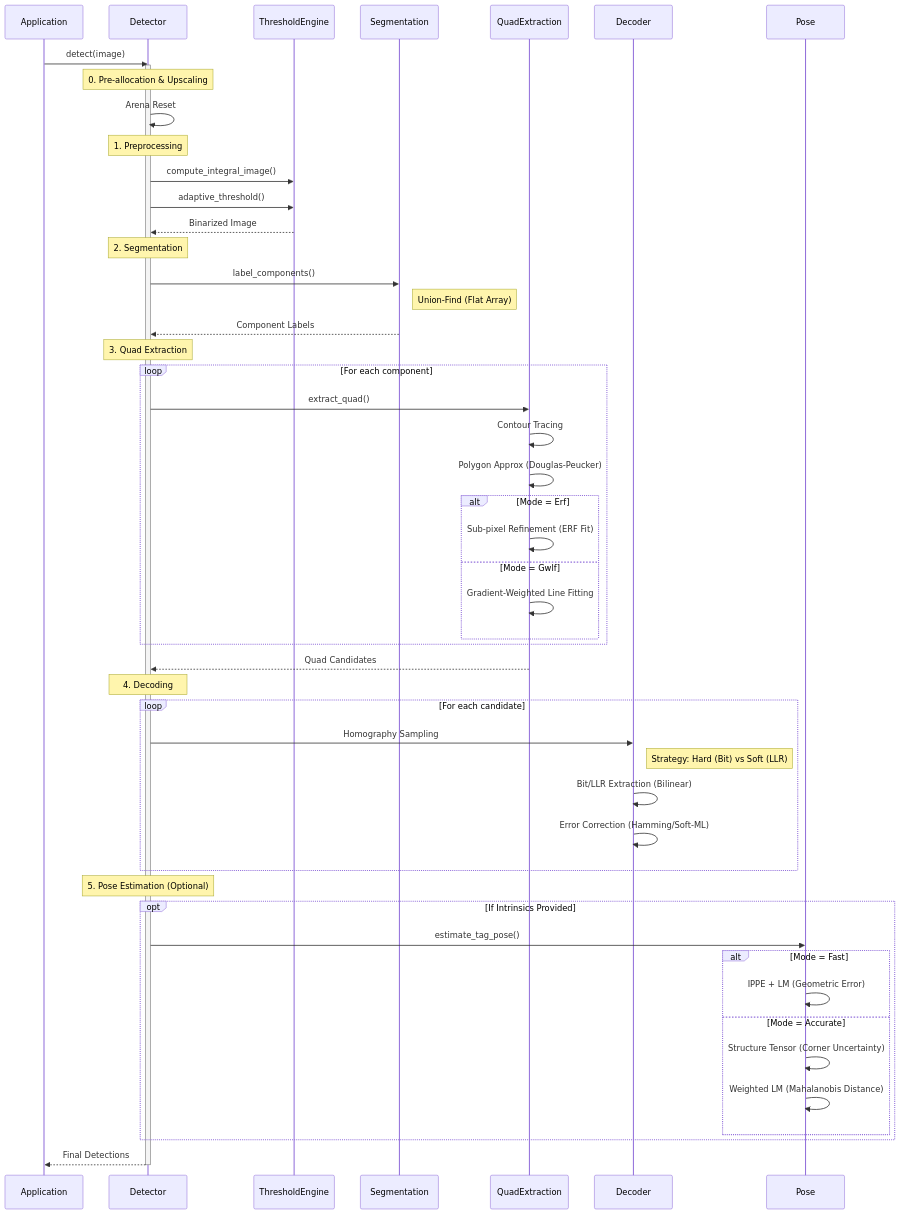
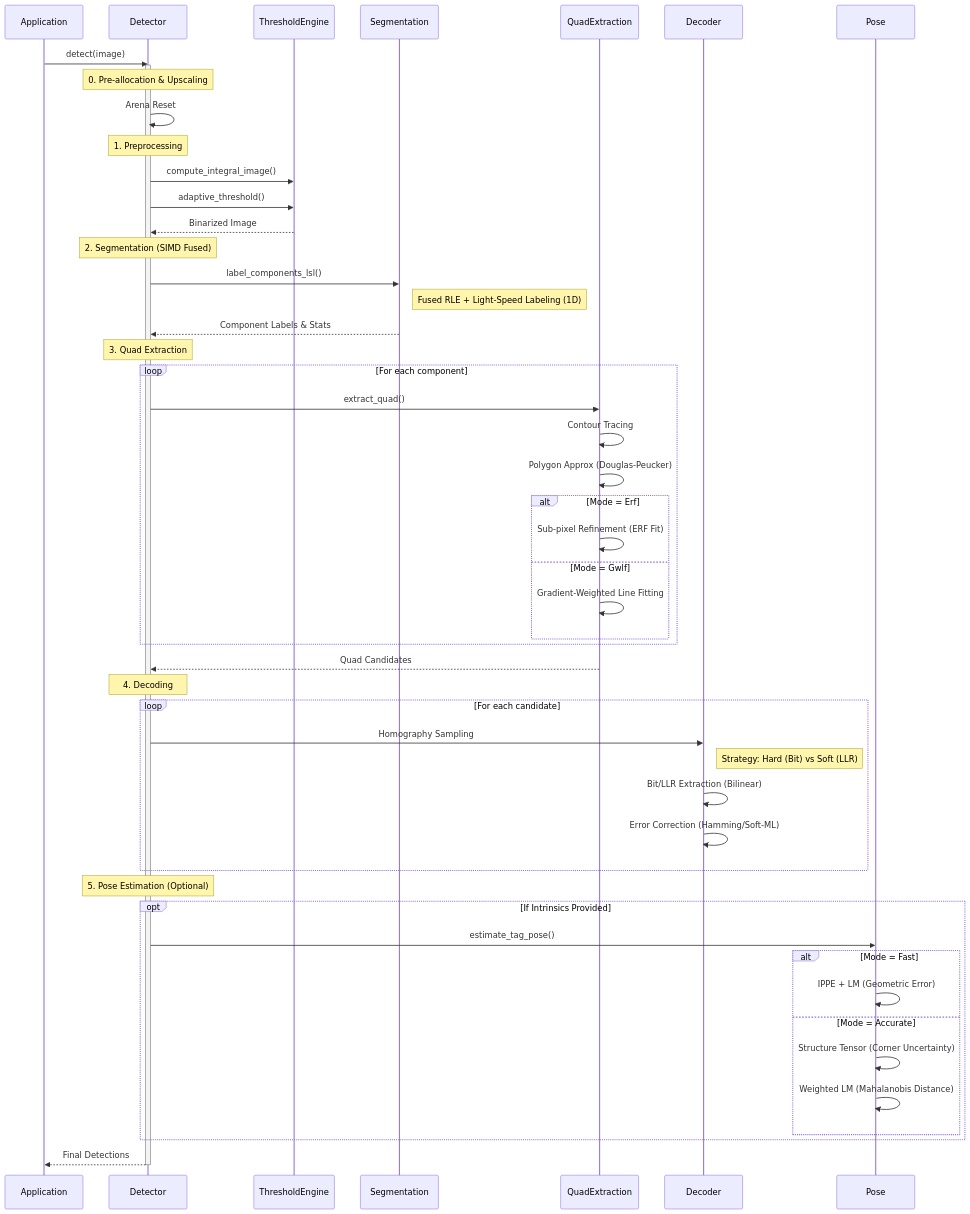
Before and after one commit to NoeFontana/locus-tag: the second of 6 diagrams in docs/explanation/architecture.md, drawn with Mermaid. The commit also changed other lines of this file and 6 other files, not shown here.

````diff
--- a/docs/explanation/architecture.md
+++ b/docs/explanation/architecture.md
@@ -28,60 +28,60 @@
 ```mermaid
 sequenceDiagram
     participant App as Application
     participant Det as Detector
     participant Thresh as ThresholdEngine
     participant Seg as Segmentation
     participant Quad as QuadExtraction
     participant Decode as Decoder
 
     App->>Det: detect(image)
     activate Det
 
     Note over Det: 0. Pre-allocation & Upscaling
     Det->>Det: Arena Reset
 
     Note over Det: 1. Preprocessing
     Det->>Thresh: compute_integral_image()
     Det->>Thresh: adaptive_threshold()
     Thresh-->>Det: Binarized Image
 
-    Note over Det: 2. Segmentation
-    Det->>Seg: label_components()
-    Note right of Seg: Union-Find (Flat Array)
-    Seg-->>Det: Component Labels
+    Note over Det: 2. Segmentation (SIMD Fused)
+    Det->>Seg: label_components_lsl()
+    Note right of Seg: Fused RLE + Light-Speed Labeling (1D)
+    Seg-->>Det: Component Labels & Stats
 
     Note over Det: 3. Quad Extraction
     loop For each component
         Det->>Quad: extract_quad()
         Quad->>Quad: Contour Tracing
         Quad->>Quad: Polygon Approx (Douglas-Peucker)
         alt Mode = Erf
             Quad->>Quad: Sub-pixel Refinement (ERF Fit)
         else Mode = Gwlf
             Quad->>Quad: Gradient-Weighted Line Fitting
         end
     end
     Quad-->>Det: Quad Candidates
 
     Note over Det: 4. Decoding
     loop For each candidate
         Det->>Decode: Homography Sampling
         Note right of Decode: Strategy: Hard (Bit) vs Soft (LLR)
         Decode->>Decode: Bit/LLR Extraction (Bilinear)
         Decode->>Decode: Error Correction (Hamming/Soft-ML)
     end
 
     Note over Det: 5. Pose Estimation (Optional)
     opt If Intrinsics Provided
         Det->>Pose: estimate_tag_pose()
         alt Mode = Fast
             Pose->>Pose: IPPE + LM (Geometric Error)
         else Mode = Accurate
             Pose->>Pose: Structure Tensor (Corner Uncertainty)
             Pose->>Pose: Weighted LM (Mahalanobis Distance)
         end
     end
 
     Det-->>App: Final Detections
     deactivate Det
 ```
````
